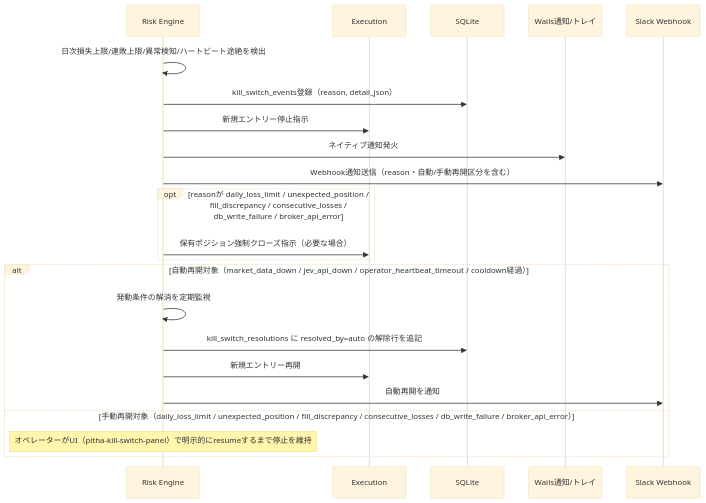
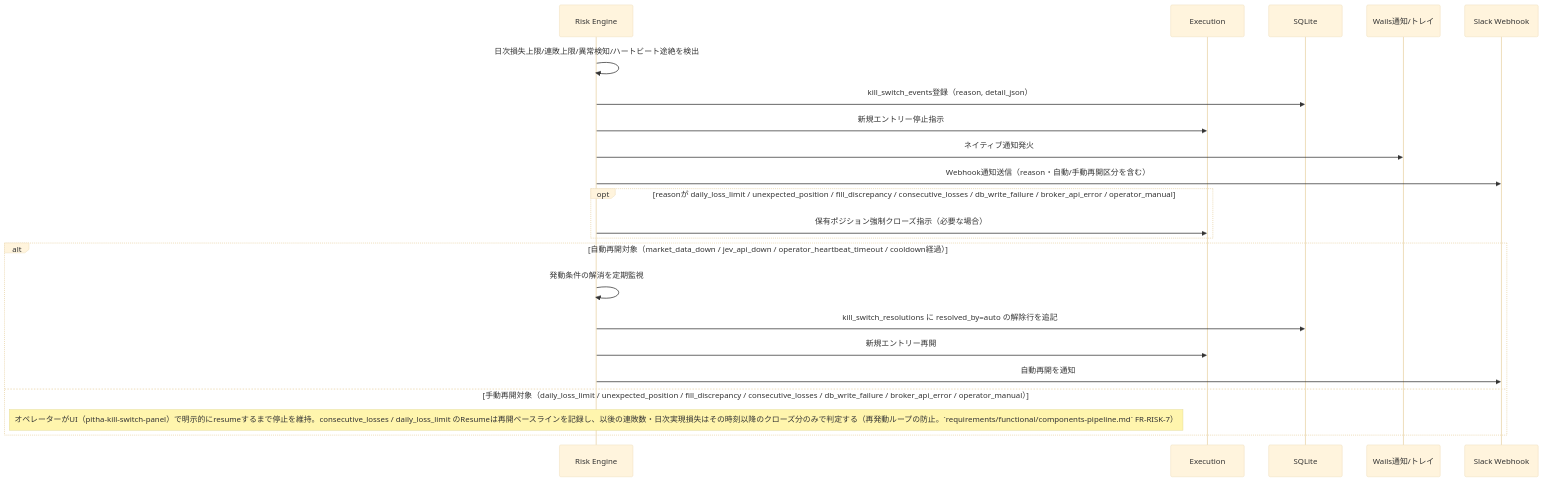
Before and after one commit to ousiassllc/pitha-trador: the second of 4 diagrams in docs/architecture/overview/flows.md, drawn with Mermaid (base theme). The commit also changed other lines of this file and 22 other files, not shown here.

````diff
--- a/docs/architecture/overview/flows.md
+++ b/docs/architecture/overview/flows.md
@@ -35,25 +35,25 @@
 ```mermaid
 sequenceDiagram
     participant RE as Risk Engine
     participant EX as Execution
     participant DB as SQLite
     participant TRAY as Wails通知/トレイ
     participant SLACK as Slack Webhook
 
     RE->>RE: 日次損失上限/連敗上限/異常検知/ハートビート途絶を検出
     RE->>DB: kill_switch_events登録（reason, detail_json）
     RE->>EX: 新規エントリー停止指示
     RE->>TRAY: ネイティブ通知発火
     RE->>SLACK: Webhook通知送信（reason・自動/手動再開区分を含む）
-    opt reasonが daily_loss_limit / unexpected_position / fill_discrepancy / consecutive_losses / db_write_failure / broker_api_error
+    opt reasonが daily_loss_limit / unexpected_position / fill_discrepancy / consecutive_losses / db_write_failure / broker_api_error / operator_manual
         RE->>EX: 保有ポジション強制クローズ指示（必要な場合）
     end
     alt 自動再開対象（market_data_down / jev_api_down / operator_heartbeat_timeout / cooldown経過）
         RE->>RE: 発動条件の解消を定期監視
         RE->>DB: kill_switch_resolutions に resolved_by=auto の解除行を追記
         RE->>EX: 新規エントリー再開
         RE->>SLACK: 自動再開を通知
-    else 手動再開対象（daily_loss_limit / unexpected_position / fill_discrepancy / consecutive_losses / db_write_failure / broker_api_error）
-        Note over RE: オペレーターがUI（pitha-kill-switch-panel）で明示的にresumeするまで停止を維持
+    else 手動再開対象（daily_loss_limit / unexpected_position / fill_discrepancy / consecutive_losses / db_write_failure / broker_api_error / operator_manual）
+        Note over RE: オペレーターがUI（pitha-kill-switch-panel）で明示的にresumeするまで停止を維持。consecutive_losses / daily_loss_limit のResumeは再開ベースラインを記録し、以後の連敗数・日次実現損失はその時刻以降のクローズ分のみで判定する（再発動ループの防止。`requirements/functional/components-pipeline.md` FR-RISK-7）
     end
 ```
````
